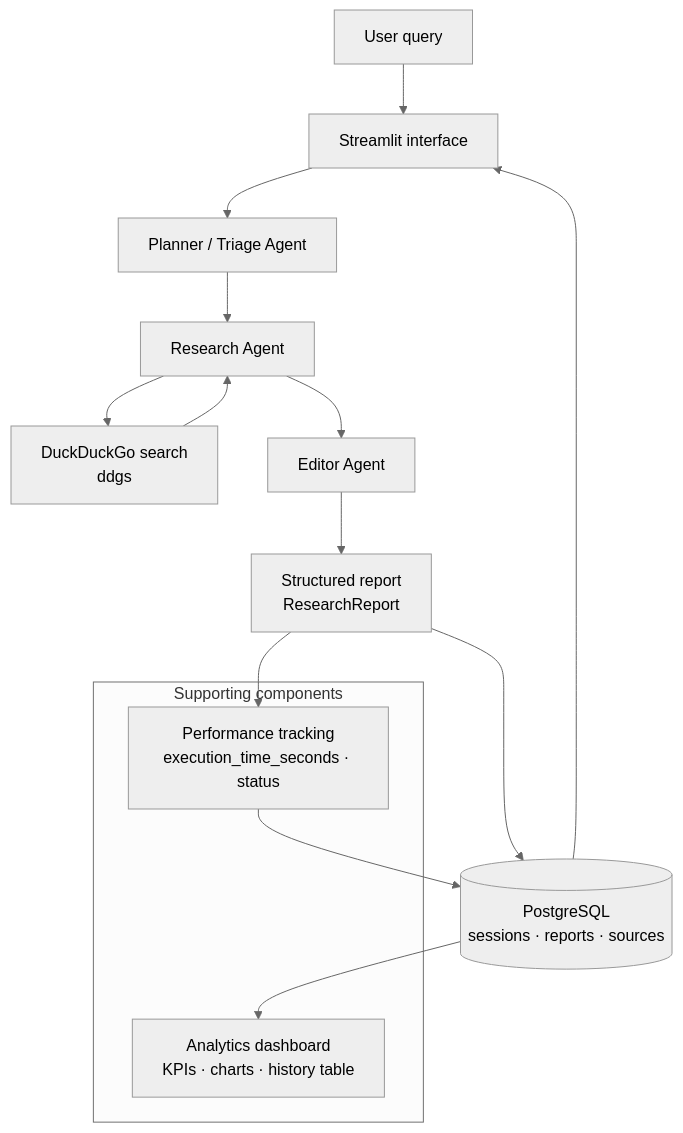
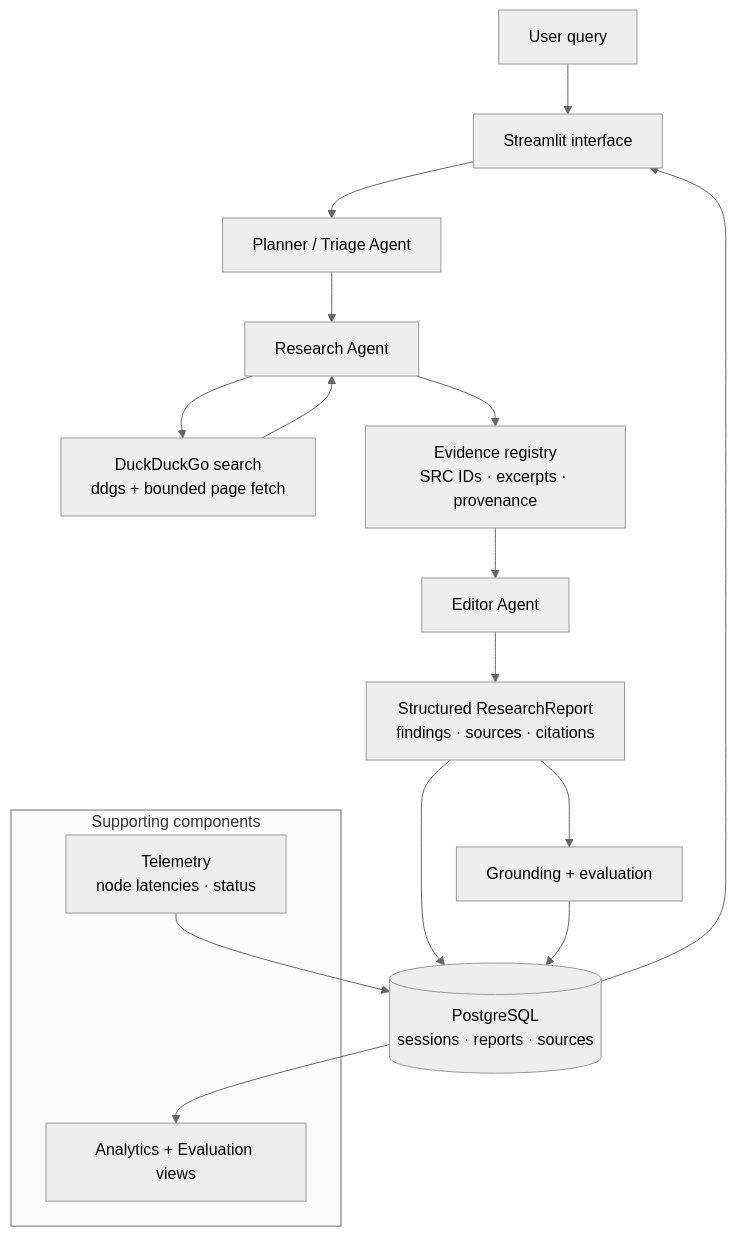
The diagram in README.MD (Reddiah16/AI-Research-Agent), drawn with Mermaid (neutral theme) before and after one commit. The commit also changed other lines of this file and 99 other files, not shown here.

Commit message:
chore: checkpoint validated research agent evaluation framework

````diff
--- a/README.MD
+++ b/README.MD
@@ -87,21 +100,22 @@
 ```mermaid
 flowchart TD
     U[User query] --> UI[Streamlit interface]
     UI --> PL[Planner / Triage Agent]
     PL --> RS[Research Agent]
-    RS --> DDG[DuckDuckGo search<br/>ddgs]
+    RS --> DDG[DuckDuckGo search<br/>ddgs + bounded page fetch]
     DDG --> RS
-    RS --> ED[Editor Agent]
-    ED --> RP[Structured report<br/>ResearchReport]
+    RS --> EV[Evidence registry<br/>SRC IDs · excerpts · provenance]
+    EV --> ED[Editor Agent]
+    ED --> RP[Structured ResearchReport<br/>findings · sources · citations]
+    RP --> GR[Grounding + evaluation]
     RP --> DB[(PostgreSQL<br/>sessions · reports · sources)]
+    GR --> DB
     DB --> UI
 
     subgraph SUPPORT[Supporting components]
-      PT[Performance tracking<br/>execution_time_seconds · status]
-      AN[Analytics dashboard<br/>KPIs · charts · history table]
+      PT[Telemetry<br/>node latencies · status]
+      AN[Analytics + Evaluation views]
     end
-
-    RP --> PT
     PT --> DB
     DB --> AN
 ```
````
